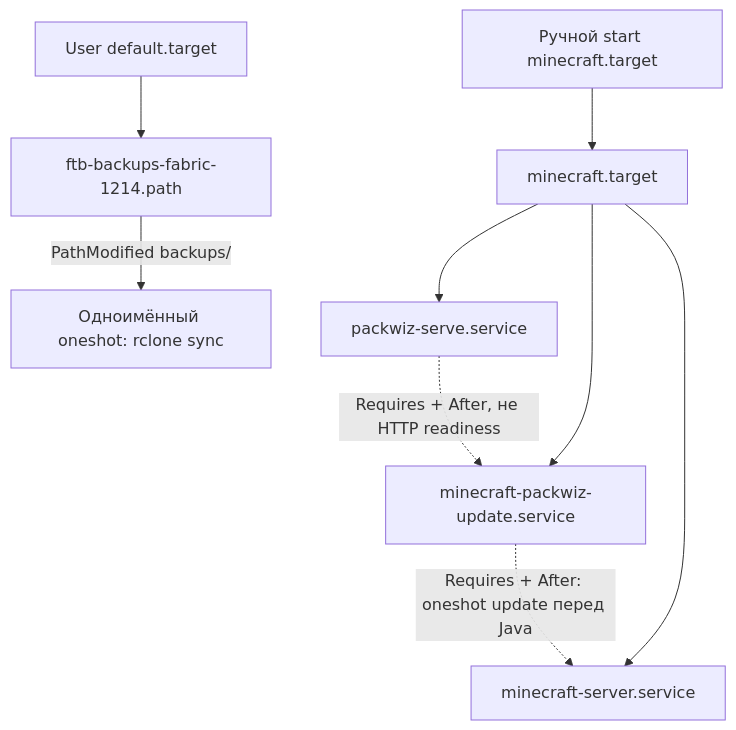
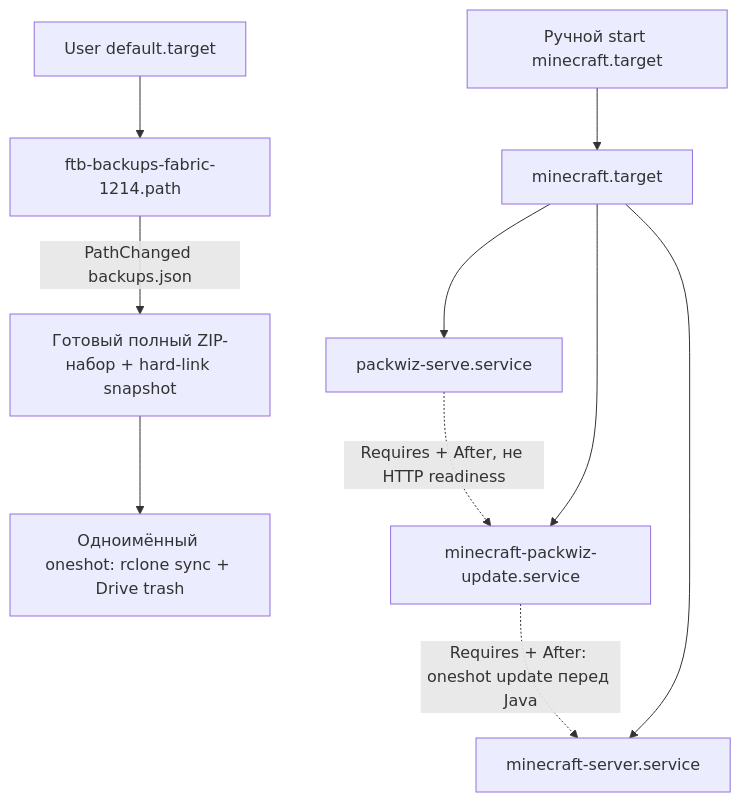
One commit to samov0619-prog/nix-config changed the first of 2 diagrams in docs/laptop-audit/startup.md. Above: the diagram before and after it, drawn with Mermaid. The commit also changed other lines of this file and 5 other files, not shown here.

Commit message:
laptop-audit: guard Minecraft backup sync with completed snapshots

````diff
--- a/docs/laptop-audit/startup.md
+++ b/docs/laptop-audit/startup.md
@@ -30,11 +31,12 @@
 ```mermaid
 flowchart TD
     Manual["Ручной start minecraft.target"] --> Target["minecraft.target"]
     Target --> Serve["packwiz-serve.service"]
     Target --> Update["minecraft-packwiz-update.service"]
     Target --> Server["minecraft-server.service"]
     Serve -. "Requires + After, не HTTP readiness" .-> Update
     Update -. "Requires + After: oneshot update перед Java" .-> Server
     Default["User default.target"] --> Watch["ftb-backups-fabric-1214.path"]
-    Watch -->|"PathModified backups/"| Sync["Одноимённый oneshot: rclone sync"]
+    Watch -->|"PathChanged backups.json"| Guard["Готовый полный ZIP-набор + hard-link snapshot"]
+    Guard --> Sync["Одноимённый oneshot: rclone sync + Drive trash"]
 ```
````
